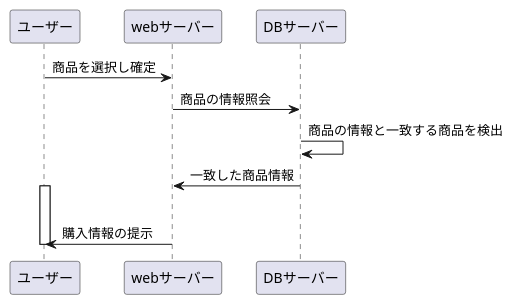
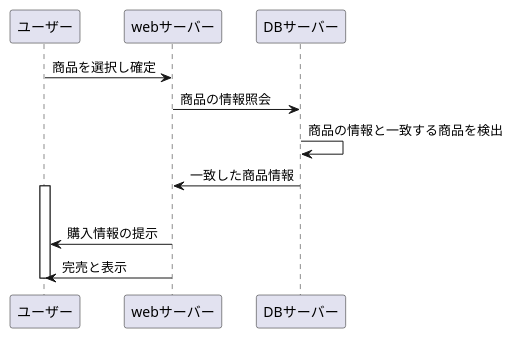
Before and after one commit to Aso2001195/2021sys-design: the diagram in kadai7.md, drawn with PlantUML.

````diff
--- a/kadai7.md
+++ b/kadai7.md
@@ -1,12 +1,14 @@
 ```uml
 @startuml
 ユーザー->webサーバー:商品を選択し確定
 webサーバー->DBサーバー:商品の情報照会
 DBサーバー->DBサーバー:商品の情報と一致する商品を検出
 DBサーバー->webサーバー:一致した商品情報
 activate ユーザー
 alt 商品の在庫有
 webサーバー->ユーザー:購入情報の提示
+else 
+webサーバー->ユーザー:完売と表示
 deactivate ユーザー
 @enduml
 ```
````
